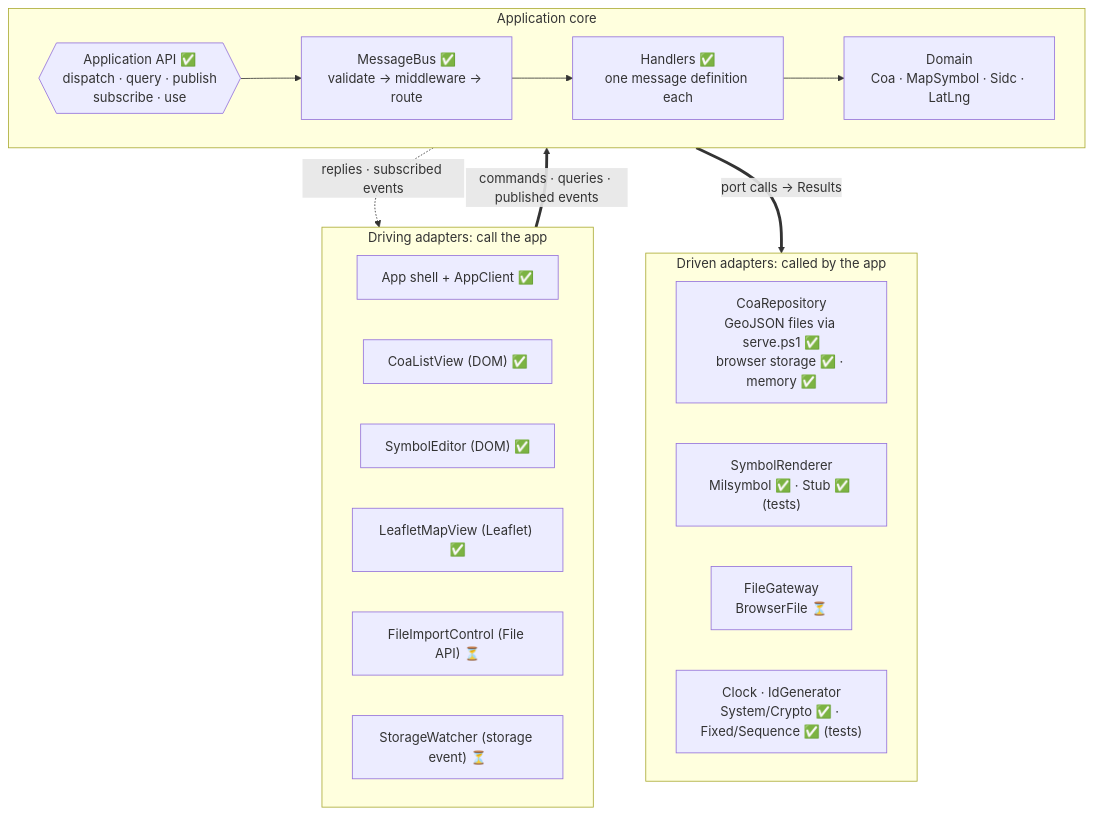
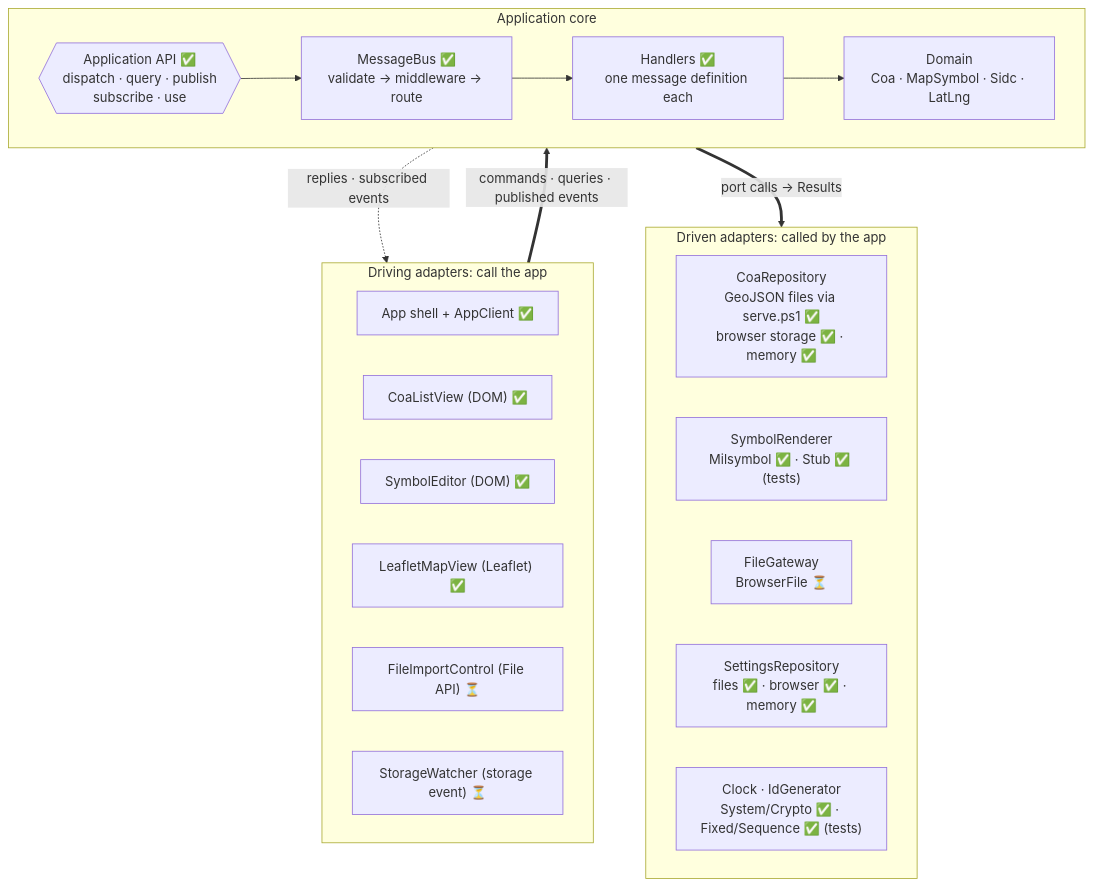
One commit to kentongoldthorpe/sidc changed the first of 9 diagrams in docs/ARCHITECTURE.md. Above: the diagram before and after it, drawn with Mermaid. The commit also changed other lines of this file and 8 other files, not shown here.

````diff
--- a/docs/ARCHITECTURE.md
+++ b/docs/ARCHITECTURE.md
@@ -16,33 +16,34 @@
 ```mermaid
 flowchart TB
   subgraph driving["Driving adapters: call the app"]
     direction LR
     SHELL["App shell + AppClient ✅"]
     LIST["CoaListView (DOM) ✅"]
     EDITOR["SymbolEditor (DOM) ✅"]
     MAP["LeafletMapView (Leaflet) ✅"]
     IMPORT["FileImportControl (File API) ⏳"]
     WATCH["StorageWatcher (storage event) ⏳"]
   end
 
   subgraph core["Application core"]
     direction LR
     API{{"Application API ✅<br/>dispatch · query · publish<br/>subscribe · use"}}
     BUS["MessageBus ✅<br/>validate → middleware → route"]
     HANDLERS["Handlers ✅<br/>one message definition each"]
     DOMAIN["Domain<br/>Coa · MapSymbol · Sidc · LatLng"]
     API --> BUS --> HANDLERS --> DOMAIN
   end
 
   subgraph driven["Driven adapters: called by the app"]
     direction LR
     REPO["CoaRepository<br/>GeoJSON files via serve.ps1 ✅<br/>browser storage ✅ · memory ✅"]
     RENDER["SymbolRenderer<br/>Milsymbol ✅ · Stub ✅ (tests)"]
     FILES["FileGateway<br/>BrowserFile ⏳"]
+    SETTINGS["SettingsRepository<br/>files ✅ · browser ✅ · memory ✅"]
     SYS["Clock · IdGenerator<br/>System/Crypto ✅ · Fixed/Sequence ✅ (tests)"]
   end
 
   driving == "commands · queries · published events" ==> API
   API -. "replies · subscribed events" .-> driving
   HANDLERS == "port calls → Results" ==> driven
 ```
````
